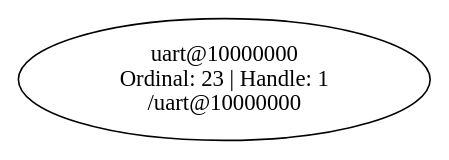
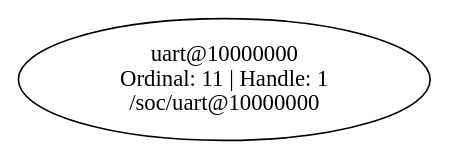
The diagram in zephyr-docker/workspace/build/zephyr/dev_graph.dot (HippoLUT/Thales_contest), drawn with Graphviz before and after one commit. The commit also changed 906 other files, not shown here.

```diff
--- a/zephyr-docker/workspace/build/zephyr/dev_graph.dot
+++ b/zephyr-docker/workspace/build/zephyr/dev_graph.dot
@@ -1,4 +1,4 @@
 // /workdir/build/zephyr/zephyr_pre0.elf
 digraph "Device dependency graph" {
-	23 [label="uart@10000000\nOrdinal: 23 | Handle: 1\n/uart@10000000"]
+	11 [label="uart@10000000\nOrdinal: 11 | Handle: 1\n/soc/uart@10000000"]
 }
```
